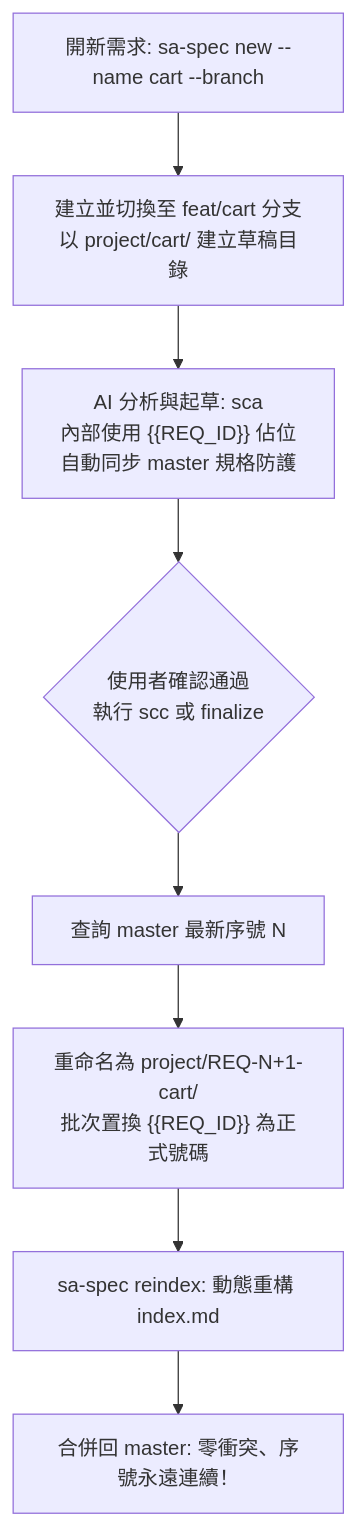
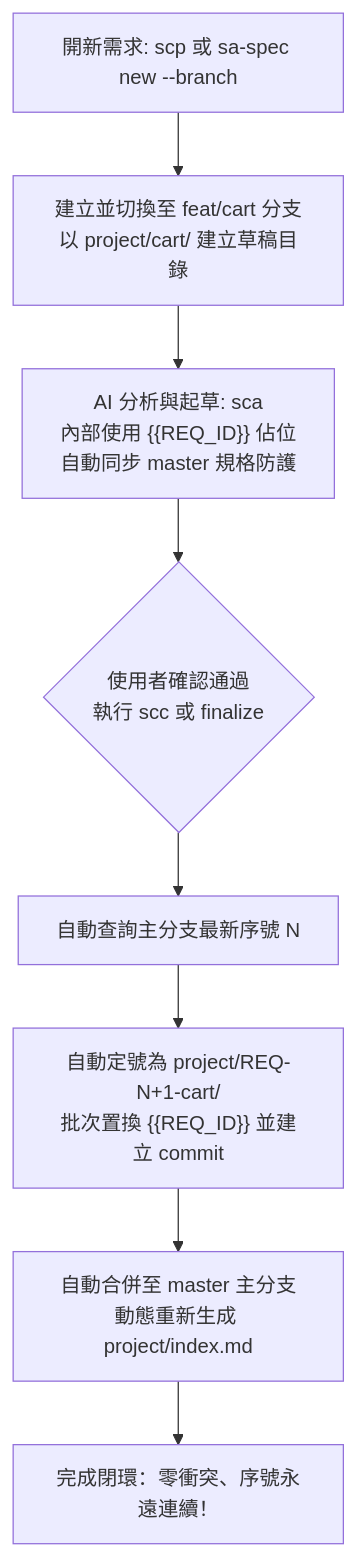
The first of 2 diagrams in templates/readme.md (lovius215/ai_spec), drawn with Mermaid before and after one commit. The commit also changed other lines of this file and 12 other files, not shown here.

Commit message:
feat: spec:commit (scc) 自動向主分支領取新號、建立提交並自動合併回主分支

````diff
--- a/templates/readme.md
+++ b/templates/readme.md
@@ -398,10 +398,10 @@
 ```mermaid
 flowchart TD
-    A["開新需求: sa-spec new --name cart --branch"] --> B["建立並切換至 feat/cart 分支<br/>以 project/cart/ 建立草稿目錄"]
+    A["開新需求: scp 或 sa-spec new --branch"] --> B["建立並切換至 feat/cart 分支<br/>以 project/cart/ 建立草稿目錄"]
     B --> C["AI 分析與起草: sca<br/>內部使用 {{REQ_ID}} 佔位<br/>自動同步 master 規格防護"]
     C --> D{"使用者確認通過<br/>執行 scc 或 finalize"}
-    D --> E["查詢 master 最新序號 N"]
-    E --> F["重命名為 project/REQ-N+1-cart/<br/>批次置換 {{REQ_ID}} 為正式號碼"]
-    F --> G["sa-spec reindex: 動態重構 index.md"]
-    G --> H["合併回 master: 零衝突、序號永遠連續！"]
+    D --> E["自動查詢主分支最新序號 N"]
+    E --> F["自動定號為 project/REQ-N+1-cart/<br/>批次置換 {{REQ_ID}} 並建立 commit"]
+    F --> G["自動合併至 master 主分支<br/>動態重新生成 project/index.md"]
+    G --> H["完成閉環：零衝突、序號永遠連續！"]
 ```
````
